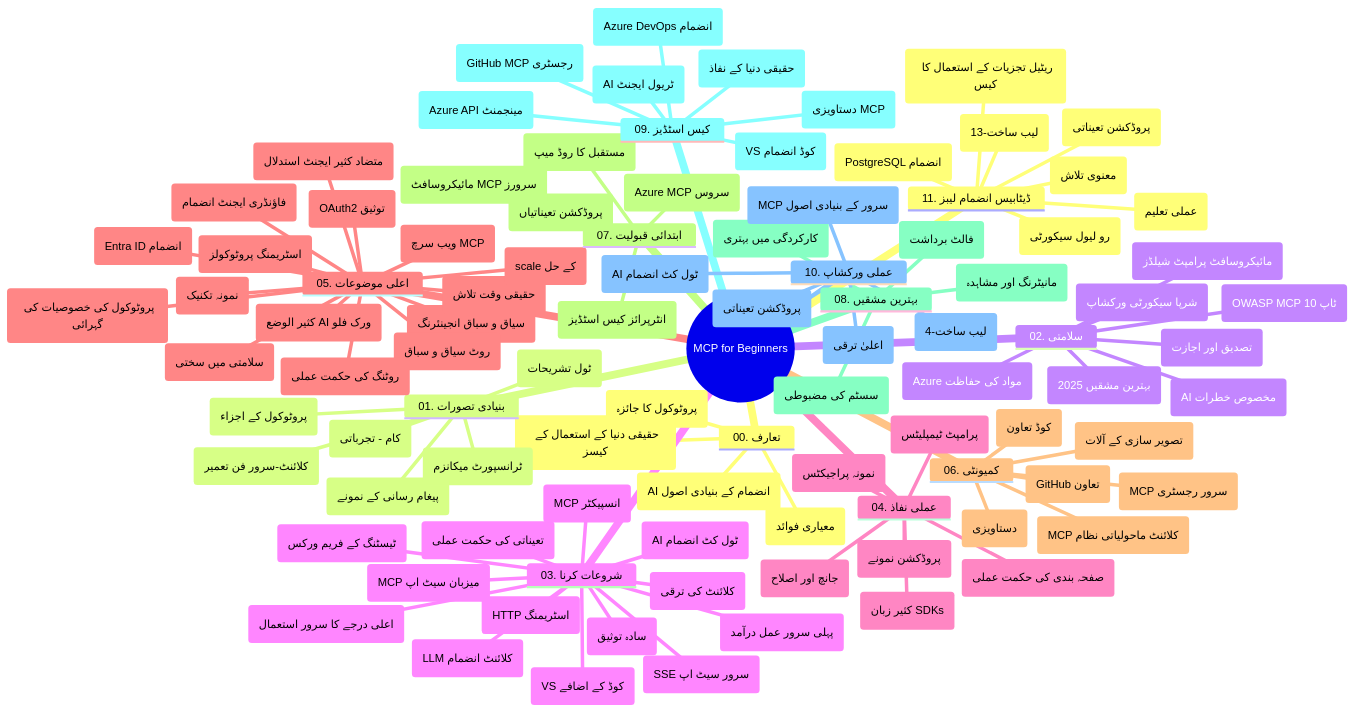
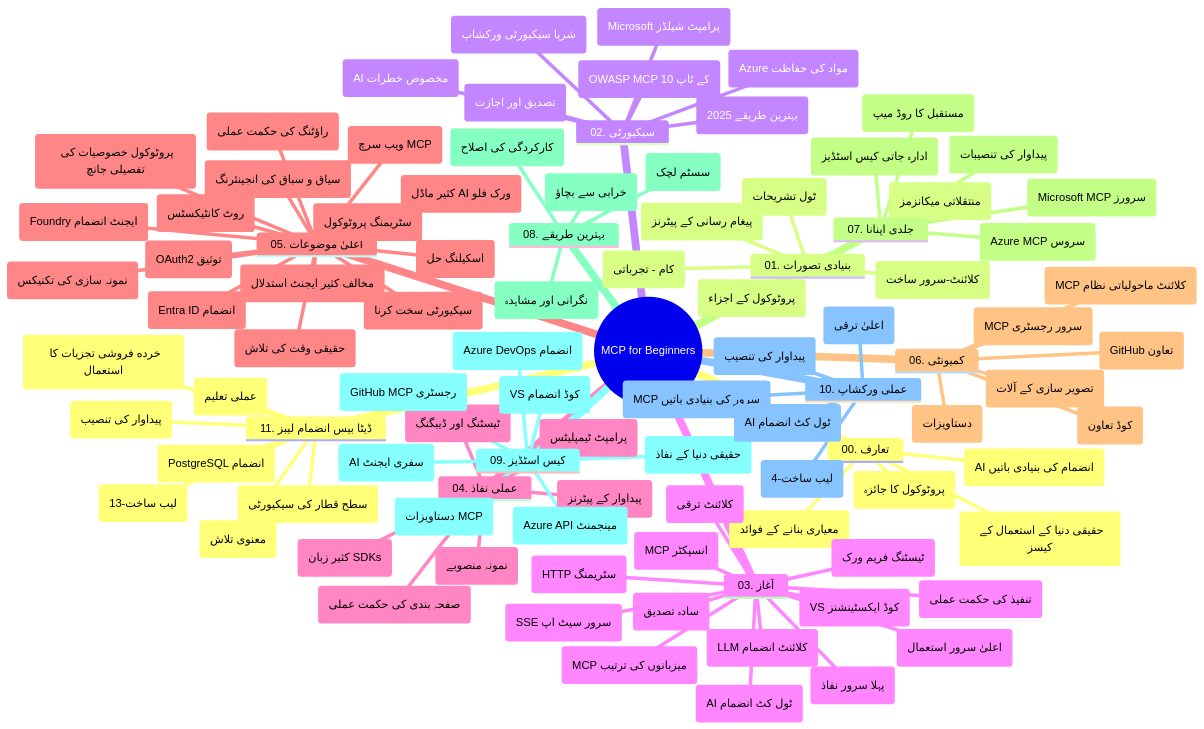
The diagram in mcp_ecosystem__model_context_protocol/mcp_learning_resources/mcp-for-beginners/translations/ur/study_guide.md (HIDORAKAI002/ai-workspace-archive), drawn with Mermaid before and after one commit. The commit also changed other lines of this file and 1539 other files, not shown here.

Commit message:
chore(sync): Update microsoft/mcp-for-beginners

````diff
--- a/mcp_ecosystem__model_context_protocol/mcp_learning_resources/mcp-for-beginners/translations/ur/study_guide.md
+++ b/mcp_ecosystem__model_context_protocol/mcp_learning_resources/mcp-for-beginners/translations/ur/study_guide.md
@@ -14,111 +14,111 @@
     00. تعارف
       ::icon(fa fa-book)
       (پروٹوکول کا جائزہ)
-      (معیاری فوائد)
+      (معیاری بنانے کے فوائد)
       (حقیقی دنیا کے استعمال کے کیسز)
-      (AI انضمام کے بنیادی اصول)
+      (AI انضمام کی بنیادی باتیں)
     01. بنیادی تصورات
       ::icon(fa fa-puzzle-piece)
-      (کلائنٹ-سرور فن تعمیر)
+      (کلائنٹ-سرور ساخت)
       (پروٹوکول کے اجزاء)
-      (پیغام رسانی کے نمونے)
-      (ٹرانسپورٹ میکانزم)
+      (پیغام رسانی کے پیٹرنز)
+      (منتقلاتی میکانزمز)
       (کام - تجرباتی)
       (ٹول تشریحات)
-    02. سلامتی
+    02. سیکیورٹی
       ::icon(fa fa-shield)
       (AI مخصوص خطرات)
-      (بہترین مشقیں 2025)
+      (بہترین طریقے 2025)
       (Azure مواد کی حفاظت)
       (تصدیق اور اجازت)
-      (مائیکروسافٹ پرامپٹ شیلڈز)
-      (OWASP MCP ٹاپ 10)
-      (شرپا سیکورٹی ورکشاپ)
-    03. شروعات کرنا
+      (Microsoft پرامپٹ شیلڈز)
+      (OWASP MCP کے ٹاپ 10)
+      (شرپا سیکیورٹی ورکشاپ)
+    03. آغاز
       ::icon(fa fa-rocket)
-      (پہلی سرور عمل درآمد)
-      (کلائنٹ کی ترقی)
+      (پہلا سرور نفاذ)
+      (کلائنٹ ترقی)
       (LLM کلائنٹ انضمام)
-      (VS کوڈ کے اضافے)
+      (VS کوڈ ایکسٹینشنز)
       (SSE سرور سیٹ اپ)
-      (HTTP اسٹریمنگ)
+      (HTTP سٹریمنگ)
       (AI ٹول کٹ انضمام)
-      (ٹیسٹنگ کے فریم ورکس)
-      (اعلی درجے کا سرور استعمال)
-      (سادہ توثیق)
-      (تعیناتی کی حکمت عملی)
-      (MCP میزبان سیٹ اپ)
-      (MCP انسپیکٹر)
+      (ٹیسٹنگ فریم ورک)
+      (اعلیٰ سرور استعمال)
+      (سادہ تصدیق)
+      (تنفیذ کی حکمت عملی)
+      (MCP میزبانوں کی ترتیب)
+      (MCP انسپکٹر)
     04. عملی نفاذ
       ::icon(fa fa-code)
       (کثیر زبان SDKs)
-      (جانچ اور اصلاح)
+      (ٹیسٹنگ اور ڈیبگنگ)
       (پرامپٹ ٹیمپلیٹس)
-      (نمونہ پراجیکٹس)
-      (پروڈکشن نمونے)
+      (نمونہ منصوبے)
+      (پیداوار کے پیٹرنز)
       (صفحہ بندی کی حکمت عملی)
-    05. اعلی موضوعات
+    05. اعلیٰ موضوعات
       ::icon(fa fa-graduation-cap)
-      (سیاق و سباق انجینئرنگ)
-      (فاؤنڈری ایجنٹ انضمام)
-      (کثیر الوضع AI ورک فلو)
+      (سیاق و سباق کی انجینئرنگ)
+      (Foundry ایجنٹ انضمام)
+      (کثیر ماڈل AI ورک فلو)
       (OAuth2 توثیق)
-      (حقیقی وقت تلاش)
-      (اسٹریمنگ پروٹوکولز)
-      (روٹ سیاق و سباق)
-      (روٹنگ کی حکمت عملی)
-      (نمونہ تکنیک)
-      (scale کے حل)
-      (سلامتی میں سختی)
+      (حقیقی وقت کی تلاش)
+      (سٹریمنگ پروٹوکول)
+      (روٹ کانٹیکسٹس)
+      (راؤٹنگ کی حکمت عملی)
+      (نمونہ سازی کی تکنیکس)
+      (اسکیلنگ حل)
+      (سیکیورٹی سخت کرنا)
       (Entra ID انضمام)
       (ویب سرچ MCP)
-      (پروٹوکول کی خصوصیات کی گہرائی)
-      (متضاد کثیر ایجنٹ استدلال)
+      (پروٹوکول خصوصیات کی تفصیلی جانچ)
+      (مخالف کثیر ایجنٹ استدلال)
       
     06. کمیونٹی
       ::icon(fa fa-users)
       (کوڈ تعاون)
-      (دستاویزی)
+      (دستاویزات)
       (MCP کلائنٹ ماحولیاتی نظام)
       (MCP سرور رجسٹری)
       (تصویر سازی کے آلات)
       (GitHub تعاون)
-    07. ابتدائی قبولیت
+    07. جلدی اپنانا
       ::icon(fa fa-lightbulb)
-      (پروڈکشن تعیناتیاں)
-      (مائیکروسافٹ MCP سرورز)
+      (پیداوار کی تنصیبات)
+      (Microsoft MCP سرورز)
       (Azure MCP سروس)
-      (انٹرپرائز کیس اسٹڈیز)
+      (ادارہ جاتی کیس اسٹڈیز)
       (مستقبل کا روڈ میپ)
-    08. بہترین مشقیں
+    08. بہترین طریقے
       ::icon(fa fa-check)
-      (کارکردگی میں بہتری)
-      (فالٹ برداشت)
-      (سسٹم کی مضبوطی)
-      (مانیٹرنگ اور مشاہدہ)
+      (کارکردگی کی اصلاح)
+      (خرابی سے بچاؤ)
+      (سسٹم لچک)
+      (نگرانی اور مشاہدہ)
     09. کیس اسٹڈیز
       ::icon(fa fa-file-text)
       (Azure API مینجمنٹ)
-      (AI ٹریول ایجنٹ)
+      (AI سفری ایجنٹ)
       (Azure DevOps انضمام)
-      (دستاویزی MCP)
+      (دستاویزات MCP)
       (GitHub MCP رجسٹری)
       (VS کوڈ انضمام)
       (حقیقی دنیا کے نفاذ)
     10. عملی ورکشاپ
       ::icon(fa fa-laptop)
-      (MCP سرور کے بنیادی اصول)
+      (MCP سرور کی بنیادی باتیں)
       (اعلیٰ ترقی)
       (AI ٹول کٹ انضمام)
-      (پروڈکشن تعیناتی)
+      (پیداوار کی تنصیب)
       (4-لیب ساخت)
-    11. ڈیٹابیس انضمام لیبز
+    11. ڈیٹا بیس انضمام لیبز
       ::icon(fa fa-database)
       (PostgreSQL انضمام)
-      (ریٹیل تجزیات کے استعمال کا کیس)
-      (رو لیول سیکورٹی)
+      (خرده فروشی تجزیات کا استعمال)
+      (سطح قطار کی سیکیورٹی)
       (معنوی تلاش)
-      (پروڈکشن تعیناتی)
+      (پیداوار کی تنصیب)
       (13-لیب ساخت)
       (عملی تعلیم)
 ```
````
